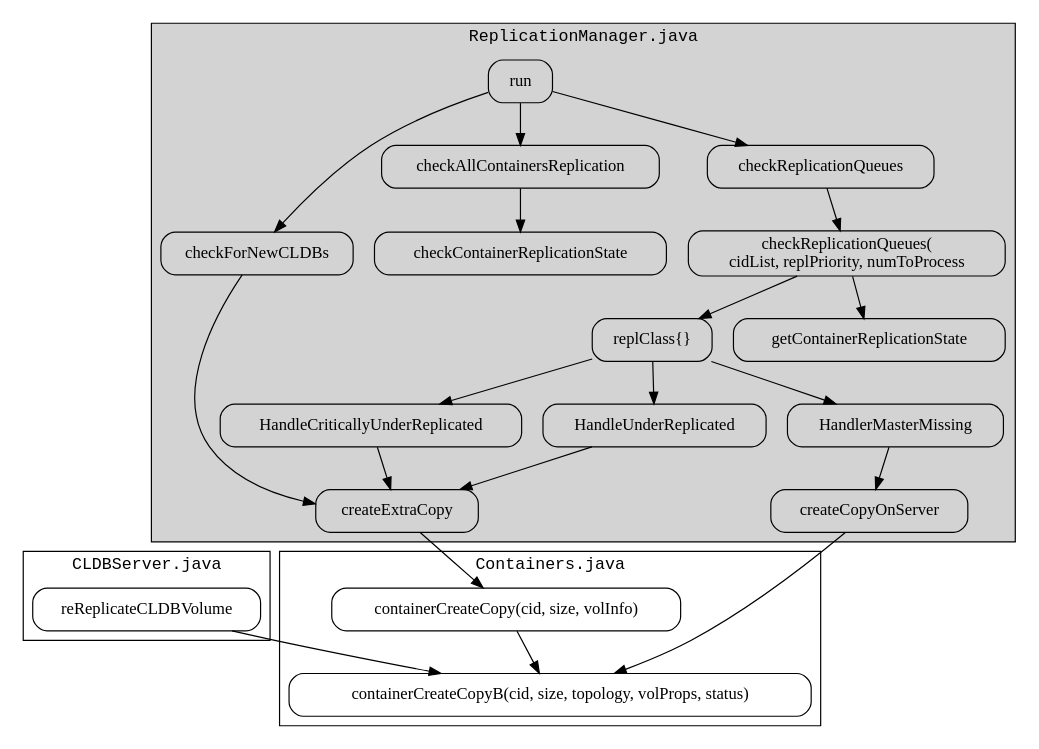
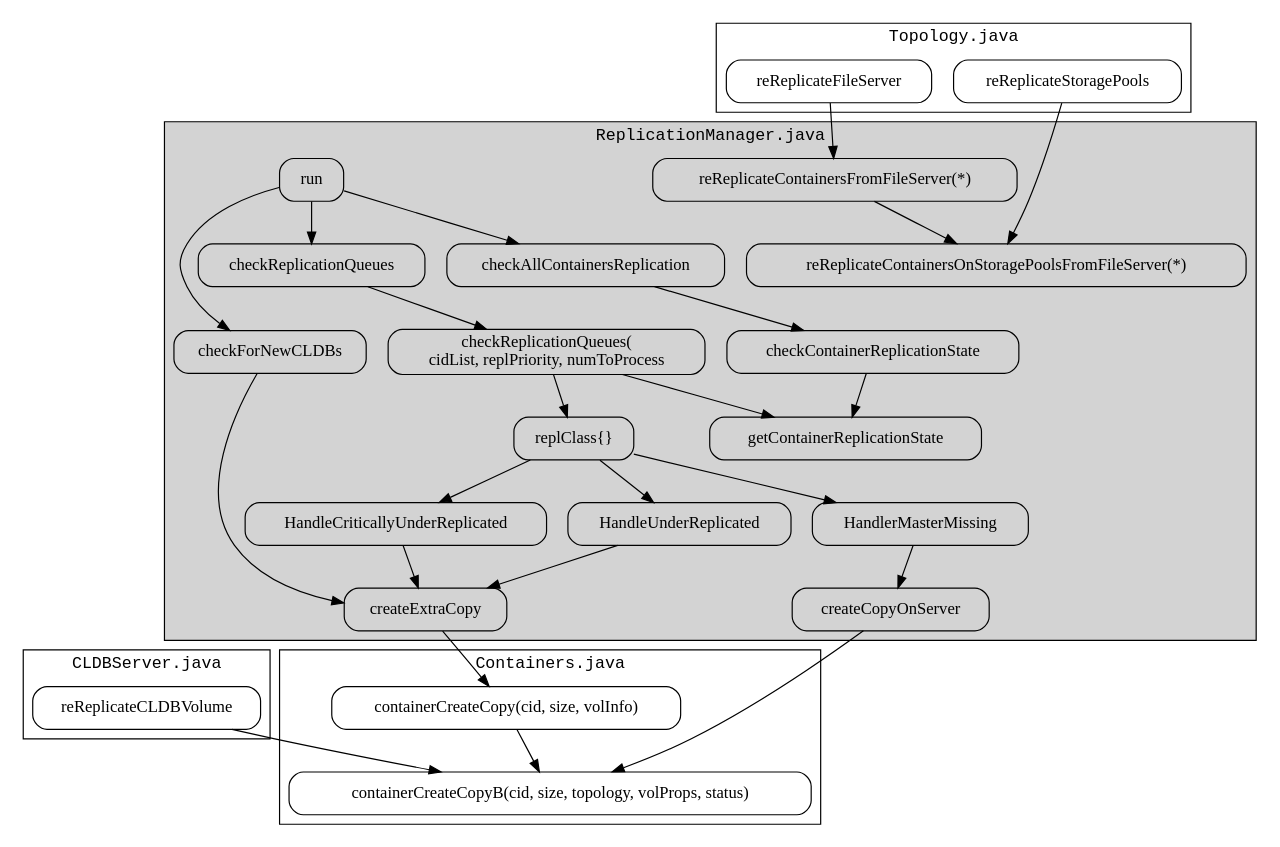
The diagram in cldb/codeflow/cldb.dot (pboddupalli/work-documentation), drawn with Graphviz before and after one commit. The commit also changed 1 other file, not shown here.

Commit message:
Incrementatl updates to the ReplicationManager codeflow

```diff
--- a/cldb/codeflow/cldb.dot
+++ b/cldb/codeflow/cldb.dot
@@ -1,45 +1,59 @@
 digraph G {
 	compound = false;
 	fontname = "Courier";
 	node [shape="box",style="rounded"];
 
 	subgraph cluster_0 {
 		label = "ReplicationManager.java";
 		style = "filled";
 
 		HandlerMasterMissing -> createCopyOnServer;
 		run -> checkForNewCLDBs;
-		run -> checkAllContainersReplication -> checkContainerReplicationState;
+		run -> checkAllContainersReplication -> checkContainerReplicationState -> getContainerReplicationState;
 		checkForNewCLDBs -> createExtraCopy;
 		HandleCriticallyUnderReplicated -> createExtraCopy;
 		HandleUnderReplicated -> createExtraCopy;
 		checkReplicationQueuesB -> getContainerReplicationState;
 		checkReplicationQueuesB -> replClass;
 		replClass -> HandlerMasterMissing;
 		replClass -> HandleCriticallyUnderReplicated;
 		replClass -> HandleUnderReplicated;
+		reReplicateContainersFromFileServer -> reReplicateContainersOnStoragePoolsFromFileServer;
+
+		reReplicateContainersFromFileServer[label="reReplicateContainersFromFileServer(*)"];
+		reReplicateContainersOnStoragePoolsFromFileServer[label="reReplicateContainersOnStoragePoolsFromFileServer(*)"];
 
 		run -> checkReplicationQueues;
 		checkReplicationQueues -> checkReplicationQueuesB;
 		checkReplicationQueuesB[label="checkReplicationQueues(\ncidList, replPriority, numToProcess"];
 		replClass[label="replClass{}"];
 	}
 
 	subgraph cluster_1 {
 		label = "Containers.java"
 
 		containerCreateCopyA -> containerCreateCopyB;
 		containerCreateCopyA[label = "containerCreateCopy(cid, size, volInfo)"];
 		containerCreateCopyB[label = "containerCreateCopyB(cid, size, topology, volProps, status)"];
 	}
 
 	subgraph cluster_2 {
 		label = "CLDBServer.java"
 
 		reReplicateCLDBVolume[label="reReplicateCLDBVolume"]		
 	}
 
+	subgraph cluster_3 {
+		label = "Topology.java";
+
+		reReplicateFileServer;
+		reReplicateStoragePools;
+	}
+
 	createCopyOnServer -> containerCreateCopyB;
 	createExtraCopy -> containerCreateCopyA;
 	reReplicateCLDBVolume -> containerCreateCopyB;
+
+	reReplicateFileServer -> reReplicateContainersFromFileServer;
+	reReplicateStoragePools -> reReplicateContainersOnStoragePoolsFromFileServer;
 }
```
